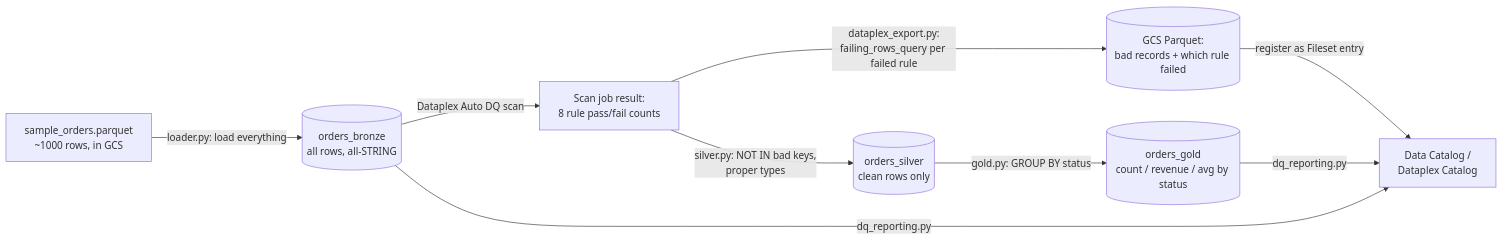
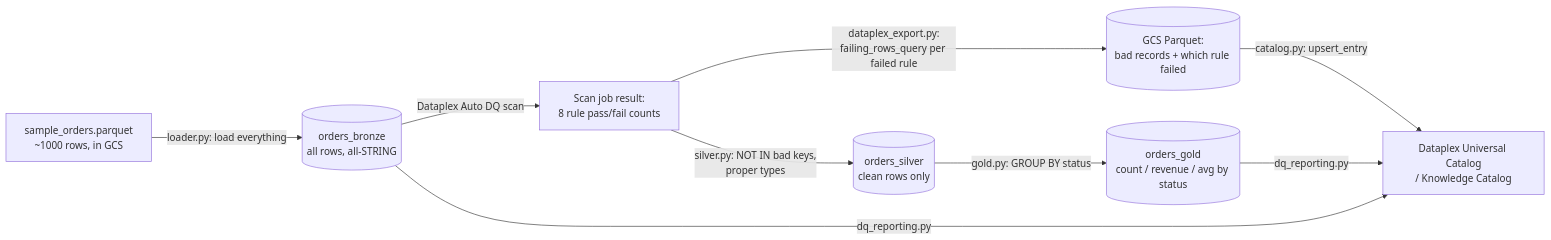
Before and after one commit to akshit-nayini/Utiliy-Dataplex: the diagram in demo/README.md, drawn with Mermaid. The commit also changed other lines of this file and 19 other files, not shown here.

````diff
--- a/demo/README.md
+++ b/demo/README.md
@@ -26,11 +31,11 @@
 ```mermaid
 flowchart LR
     PARQ[sample_orders.parquet\n~1000 rows, in GCS] -->|loader.py: load everything| BRZ[(orders_bronze\nall rows, all-STRING)]
     BRZ -->|Dataplex Auto DQ scan| RESULT[Scan job result:\n8 rule pass/fail counts]
     RESULT -->|dataplex_export.py:\nfailing_rows_query per failed rule| PARQUET[(GCS Parquet:\nbad records + which rule failed)]
-    PARQUET -->|register as Fileset entry| CATALOG[Data Catalog /\nDataplex Catalog]
+    PARQUET -->|catalog.py: upsert_entry| CATALOG[Dataplex Universal Catalog\n/ Knowledge Catalog]
     RESULT -->|silver.py: NOT IN bad keys,\nproper types| SLV[(orders_silver\nclean rows only)]
     SLV -->|gold.py: GROUP BY status| GLD[(orders_gold\ncount / revenue / avg by status)]
     BRZ -->|dq_reporting.py| CATALOG
     GLD -->|dq_reporting.py| CATALOG
 ```
````
